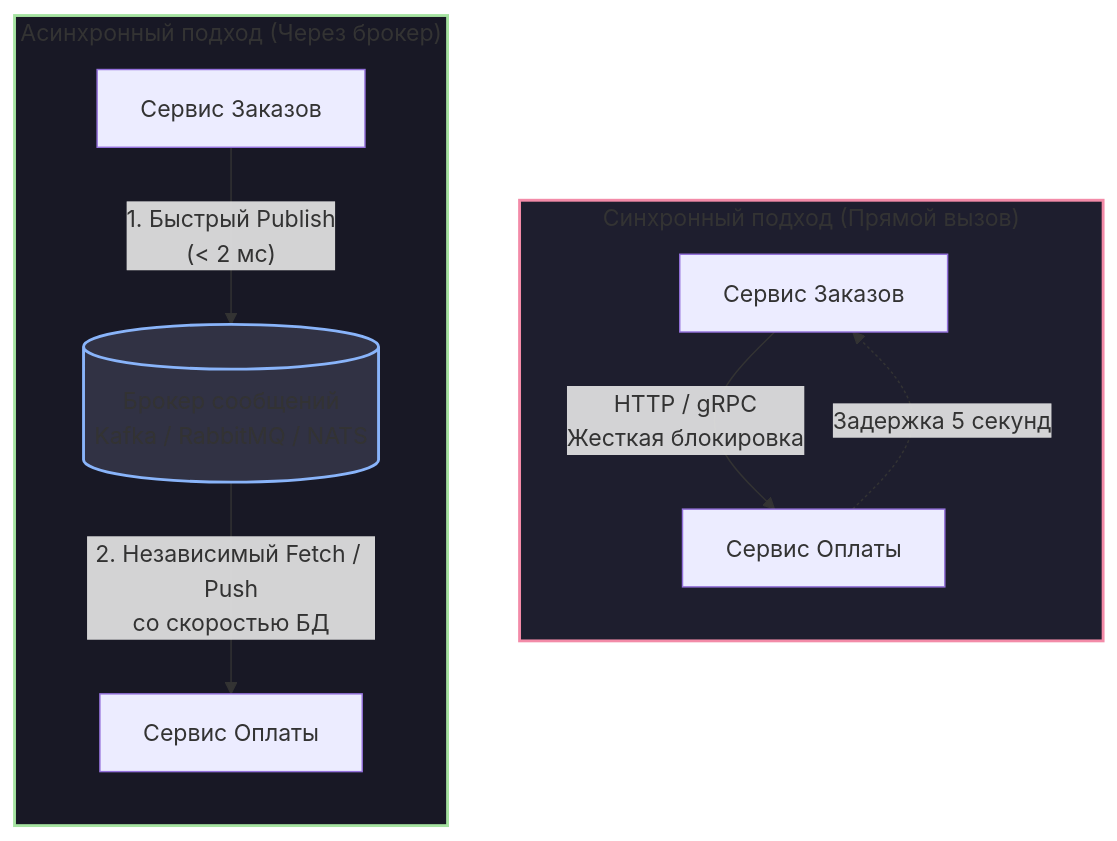
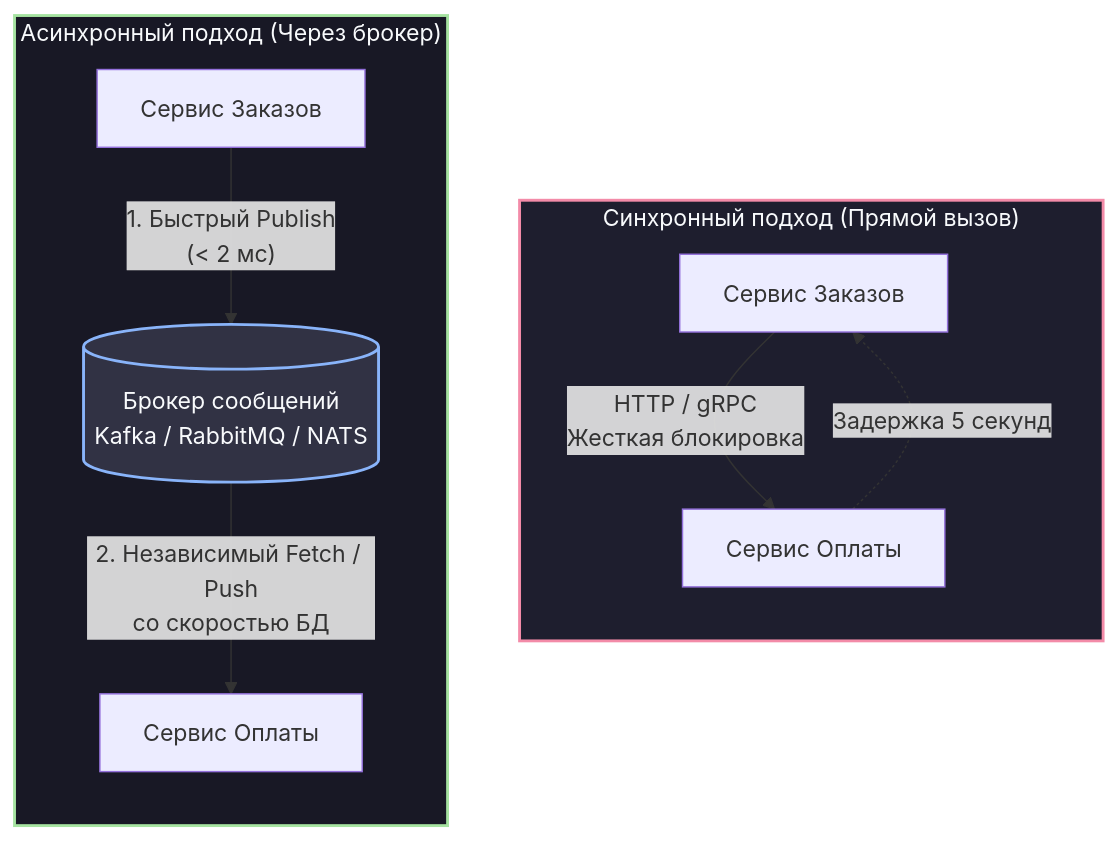
The second of 3 diagrams in sources/13. Очереди, брокеры сообщений и оркестраторы/01. Фундамент асинхронности/1. Обзор раздела. Асинхронность как основа масштабирования.md (UnrealTemplier/go-textbook), drawn with Mermaid before and after one commit. The commit also changed other lines of this file and 310 other files, not shown here.

First line of the commit message:
fix(mermaid): replace light fill colors with dark palette for readability on dark theme

````diff
--- a/sources/13. Очереди, брокеры сообщений и оркестраторы/01. Фундамент асинхронности/1. Обзор раздела. Асинхронность как основа масштабирования.md
+++ b/sources/13. Очереди, брокеры сообщений и оркестраторы/01. Фундамент асинхронности/1. Обзор раздела. Асинхронность как основа масштабирования.md
@@ -80,18 +80,18 @@
 ```mermaid
 flowchart TD
     subgraph Synchronous["Синхронный подход (Прямой вызов)"]
         direction TB
         A["Сервис Заказов"] -->|"HTTP / gRPC<br>Жесткая блокировка"| B["Сервис Оплаты"]
         B -.->|"Задержка 5 секунд"| A
     end
 
     subgraph Asynchronous["Асинхронный подход (Через брокер)"]
         direction TB
         C["Сервис Заказов"] -->|"1. Быстрый Publish<br>(< 2 мс)"| D[("Брокер сообщений<br>Kafka / RabbitMQ / NATS")]
         D -->|"2. Независимый Fetch / Push<br>со скоростью БД"| E["Сервис Оплаты"]
     end
 
-    style Synchronous fill:#1e1e2e,stroke:#f38ba8,stroke-width:2px
-    style Asynchronous fill:#181825,stroke:#a6e3a1,stroke-width:2px
-    style D fill:#313244,stroke:#89b4fa,stroke-width:2px
+    style Synchronous fill:#1e1e2e,stroke:#f38ba8,stroke-width:2px,color:#f8fafc
+    style Asynchronous fill:#181825,stroke:#a6e3a1,stroke-width:2px,color:#f8fafc
+    style D fill:#313244,stroke:#89b4fa,stroke-width:2px,color:#f8fafc
 ```
````
